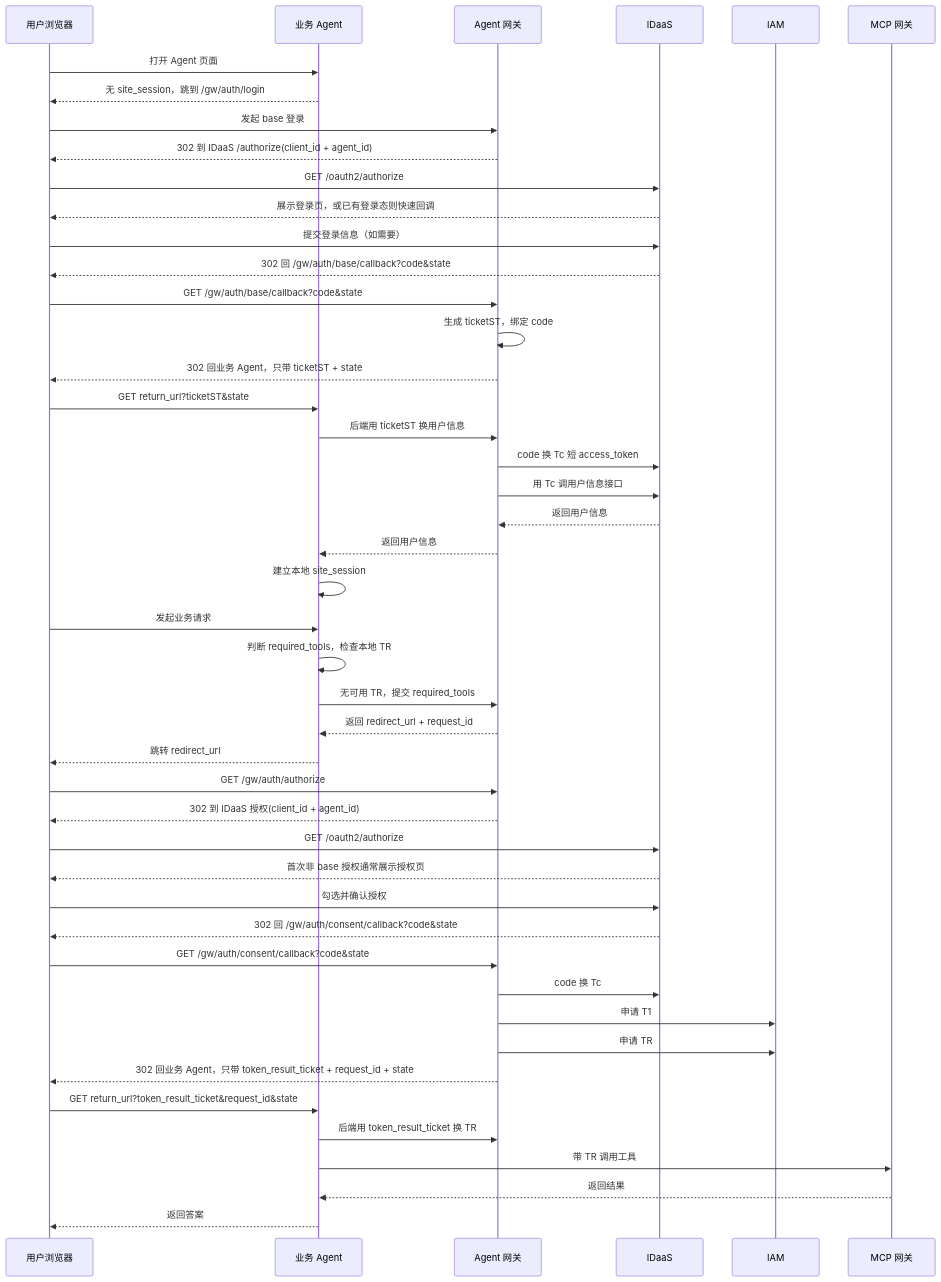
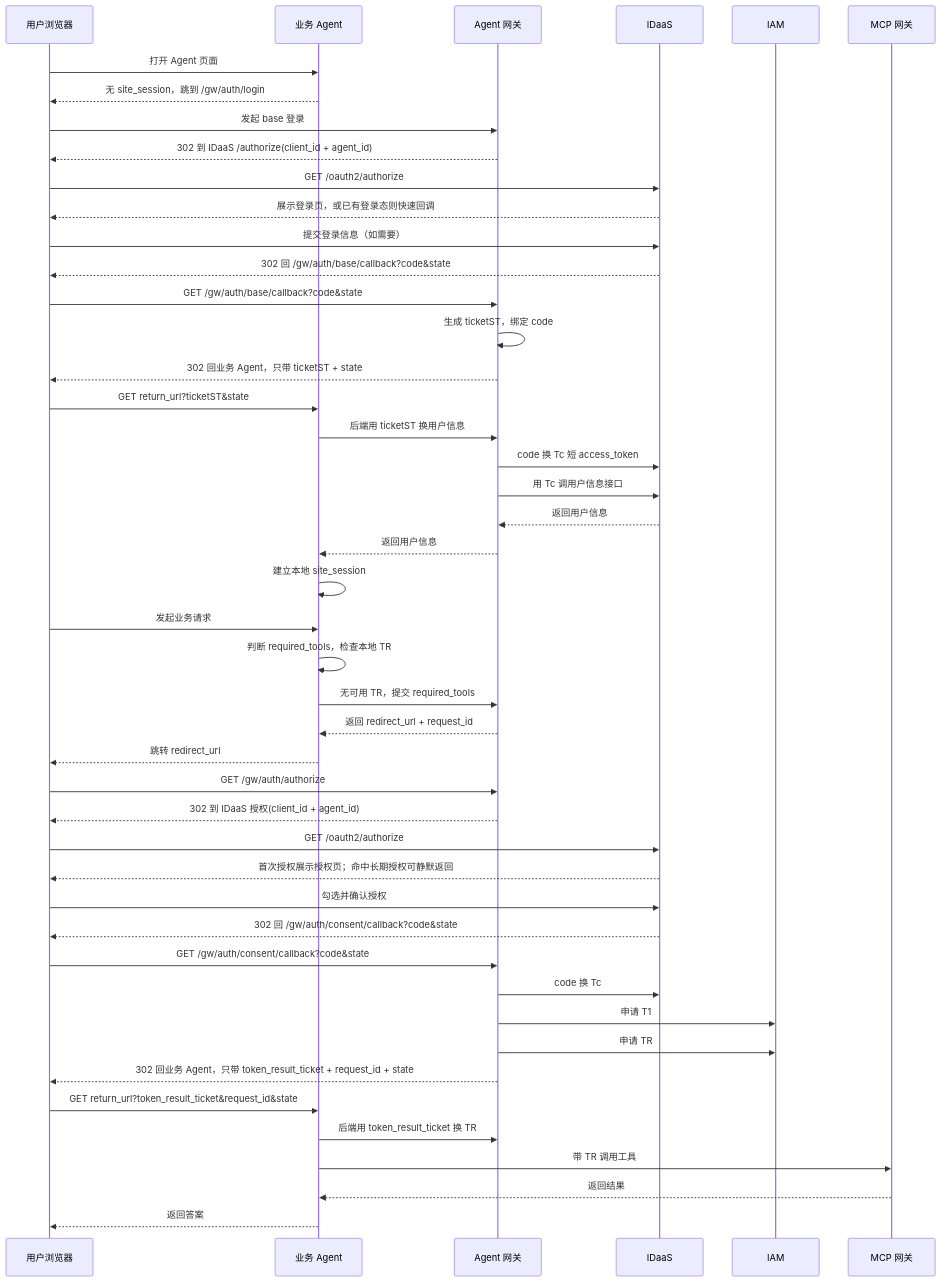
The first of 3 diagrams in docs/final_design/02_引入Agent网关版方案.md (xuning117634-ux/auth-design-spec), drawn with Mermaid before and after one commit. The commit also changed other lines of this file and 7 other files, not shown here.

````diff
--- a/docs/final_design/02_引入Agent网关版方案.md
+++ b/docs/final_design/02_引入Agent网关版方案.md
@@ -48,50 +51,50 @@
 ```mermaid
 sequenceDiagram
     participant 用户 as 用户浏览器
     participant Agent as 业务 Agent
     participant GW as Agent 网关
     participant IDaaS as IDaaS
     participant IAM as IAM
     participant MCP as MCP 网关
 
     用户->>Agent: 打开 Agent 页面
     Agent-->>用户: 无 site_session，跳到 /gw/auth/login
     用户->>GW: 发起 base 登录
     GW-->>用户: 302 到 IDaaS /authorize(client_id + agent_id)
     用户->>IDaaS: GET /oauth2/authorize
     IDaaS-->>用户: 展示登录页，或已有登录态则快速回调
     用户->>IDaaS: 提交登录信息（如需要）
     IDaaS-->>用户: 302 回 /gw/auth/base/callback?code&state
     用户->>GW: GET /gw/auth/base/callback?code&state
     GW->>GW: 生成 ticketST，绑定 code
     GW-->>用户: 302 回业务 Agent，只带 ticketST + state
     用户->>Agent: GET return_url?ticketST&state
     Agent->>GW: 后端用 ticketST 换用户信息
     GW->>IDaaS: code 换 Tc 短 access_token
     GW->>IDaaS: 用 Tc 调用户信息接口
     IDaaS-->>GW: 返回用户信息
     GW-->>Agent: 返回用户信息
     Agent->>Agent: 建立本地 site_session
 
     用户->>Agent: 发起业务请求
     Agent->>Agent: 判断 required_tools，检查本地 TR
     Agent->>GW: 无可用 TR，提交 required_tools
     GW-->>Agent: 返回 redirect_url + request_id
     Agent-->>用户: 跳转 redirect_url
     用户->>GW: GET /gw/auth/authorize
     GW-->>用户: 302 到 IDaaS 授权(client_id + agent_id)
     用户->>IDaaS: GET /oauth2/authorize
-    IDaaS-->>用户: 首次非 base 授权通常展示授权页
+    IDaaS-->>用户: 首次授权展示授权页；命中长期授权可静默返回
     用户->>IDaaS: 勾选并确认授权
     IDaaS-->>用户: 302 回 /gw/auth/consent/callback?code&state
     用户->>GW: GET /gw/auth/consent/callback?code&state
     GW->>IDaaS: code 换 Tc
     GW->>IAM: 申请 T1
     GW->>IAM: 申请 TR
     GW-->>用户: 302 回业务 Agent，只带 token_result_ticket + request_id + state
     用户->>Agent: GET return_url?token_result_ticket&request_id&state
     Agent->>GW: 后端用 token_result_ticket 换 TR
     Agent->>MCP: 带 TR 调用工具
     MCP-->>Agent: 返回结果
     Agent-->>用户: 返回答案
 ```
````
